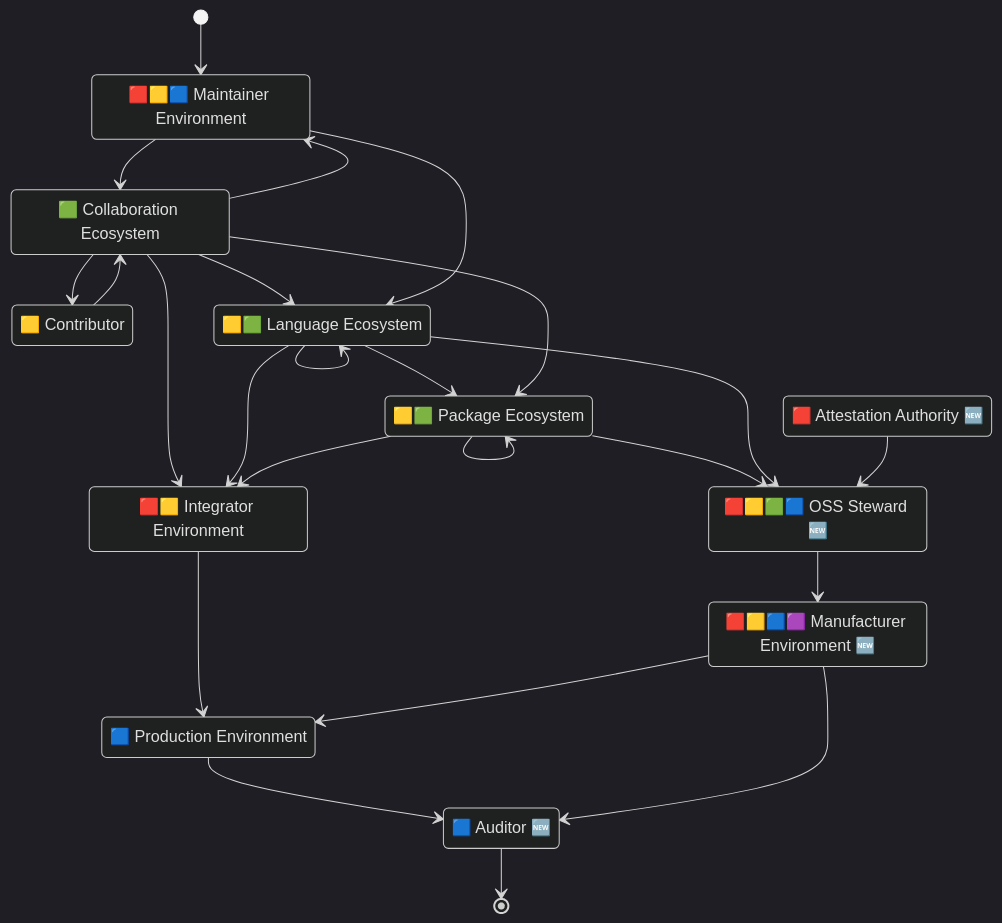
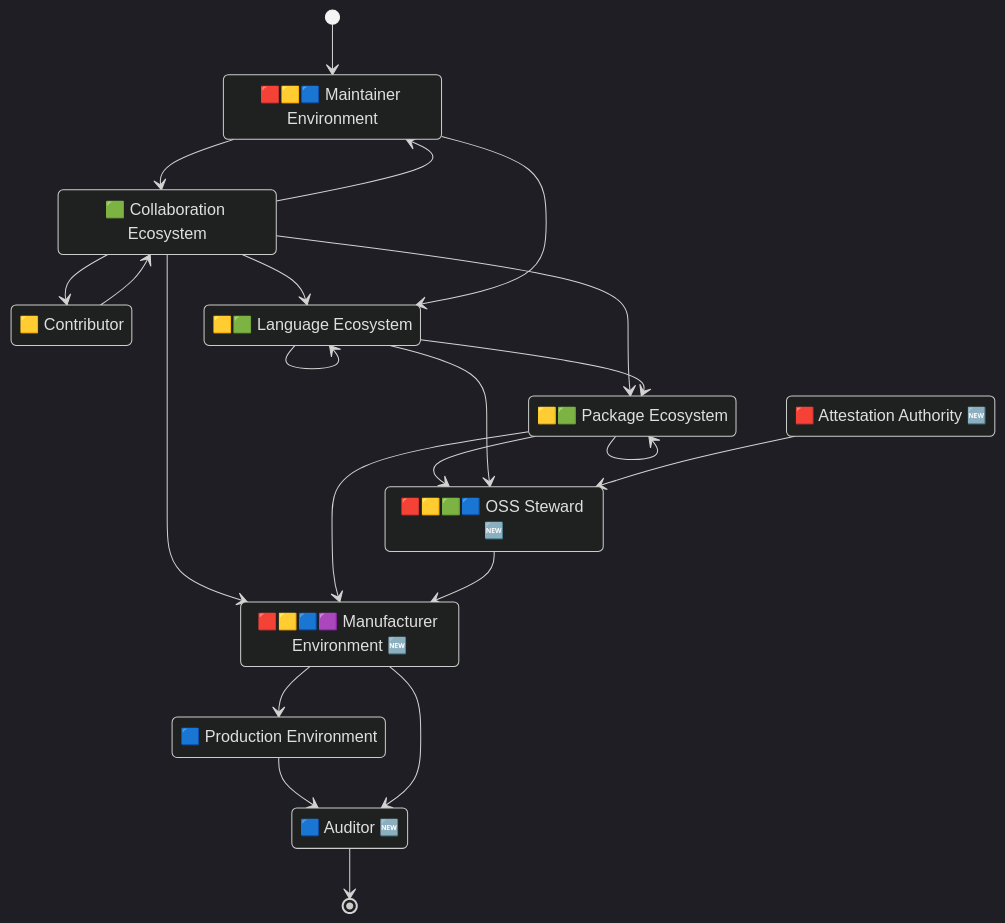
One commit to CPAN-Security/security.metacpan.org changed the second of 3 diagrams in docs/supplychain-sbom.md. Above: the diagram before and after it, drawn with Mermaid (dark theme). The commit also changed other lines of this file, not shown here.

Commit message:
Some CRA attribute clarifcations; Remove integrator for simplified post-CRA graph; Other minor fixes

````diff
--- a/docs/supplychain-sbom.md
+++ b/docs/supplychain-sbom.md
@@ -132,49 +132,51 @@
 ```mermaid
 stateDiagram-v2
     direction TB
 
     state "🟥🟨🟦 Maintainer Environment" as environment_maintainer
     state "🟨 Contributor" as environment_contributor
     state "🟩 Collaboration Ecosystem" as ecosystem_repo
     state "🟨🟩 Language Ecosystem" as ecosystem_lang
     state "🟨🟩 Package Ecosystem" as ecosystem_package
     state "🟥 Attestation Authority 🆕" as authority_attestation
     state "🟥🟨🟩🟦 OSS Steward 🆕" as ecosystem_steward
     %%state "🟩 Delivery Network" as network_distributor
-    state "🟥🟨 Integrator Environment" as environment_integrator
+    %%state "🟥🟨 Integrator Environment" as environment_integrator
     state "🟥🟨🟦🟪 Manufacturer Environment 🆕" as environment_manufacturer
     state "🟦 Production Environment" as environment_prod
     state "🟦 Auditor 🆕" as authority_auditor
 
     [*]                      --> environment_maintainer
     ecosystem_repo           --> environment_maintainer
     ecosystem_repo           --> environment_contributor
+    ecosystem_repo           --> ecosystem_package
     ecosystem_repo           --> ecosystem_lang
+    ecosystem_repo           --> environment_manufacturer
     environment_maintainer   --> ecosystem_repo
     environment_maintainer   --> ecosystem_lang
     environment_contributor  --> ecosystem_repo
     ecosystem_lang           --> ecosystem_lang
     %%environment_maintainer   --> network_distributor
     %%ecosystem_lang           --> network_distributor
     %%ecosystem_package        --> network_distributor
     ecosystem_lang           --> ecosystem_package
-    ecosystem_repo           --> ecosystem_package
     ecosystem_package        --> ecosystem_package
     ecosystem_package        --> ecosystem_steward
     ecosystem_lang           --> ecosystem_steward
     authority_attestation    --> ecosystem_steward
-    ecosystem_repo           --> environment_integrator
-    ecosystem_lang           --> environment_integrator
+    %%ecosystem_repo           --> environment_integrator
+    %%ecosystem_lang           --> environment_integrator
     %%network_distributor      --> environment_integrator
-    ecosystem_package        --> environment_integrator
+    %%ecosystem_package        --> environment_integrator
     %%network_distributor      --> environment_manufacturer
+    ecosystem_package        --> environment_manufacturer
     ecosystem_steward        --> environment_manufacturer
-    environment_integrator   --> environment_prod
+    %%environment_integrator   --> environment_prod
     environment_manufacturer --> environment_prod
     environment_prod         --> authority_auditor
     environment_manufacturer --> authority_auditor
     authority_auditor        --> [*]
 
     %% Copyright © 2024 Salve J. Nilsen <sjn@oslo.pm>
-    %% Some rights reserved. Licenced CC-BY-SA-4.0
+    %% Some rights reserved. Licensed CC-BY-SA-4.0
 ```
````
